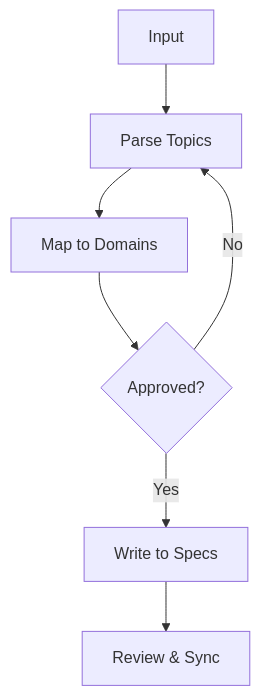
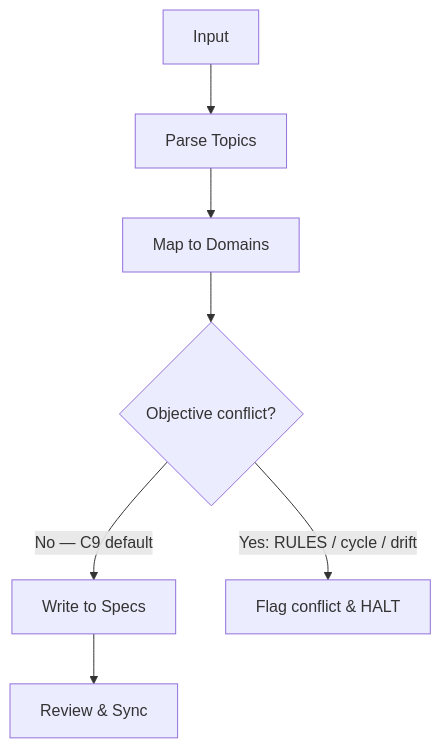
The second of 2 diagrams in .magic/spec.md (teratron/magic-spec), drawn with Mermaid before and after one commit. The commit also changed 5 other files, not shown here.

Commit message:
chore(engine): update project state, version bump to 2.1.42, and enhance workflow diagrams

````diff
--- a/.magic/spec.md
+++ b/.magic/spec.md
@@ -133,9 +133,9 @@
 ```mermaid
 graph TD
     A[Input] --> B[Parse Topics]
     B --> C[Map to Domains]
-    C --> D{Approved?}
-    D -->|Yes| E[Write to Specs]
-    D -->|No| B
+    C --> D{Objective conflict?}
+    D -->|No — C9 default| E[Write to Specs]
+    D -->|Yes: RULES / cycle / drift| G[Flag conflict & HALT]
     E --> F[Review & Sync]
 ```
````
